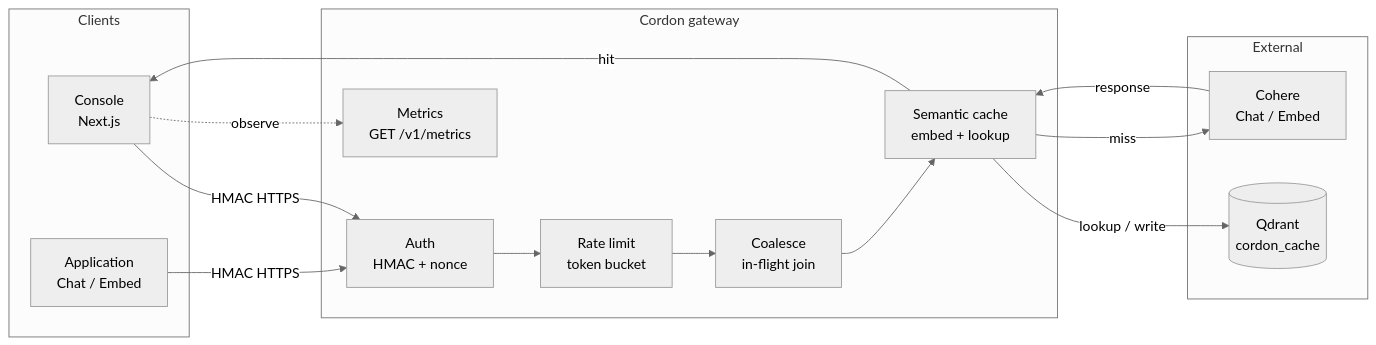
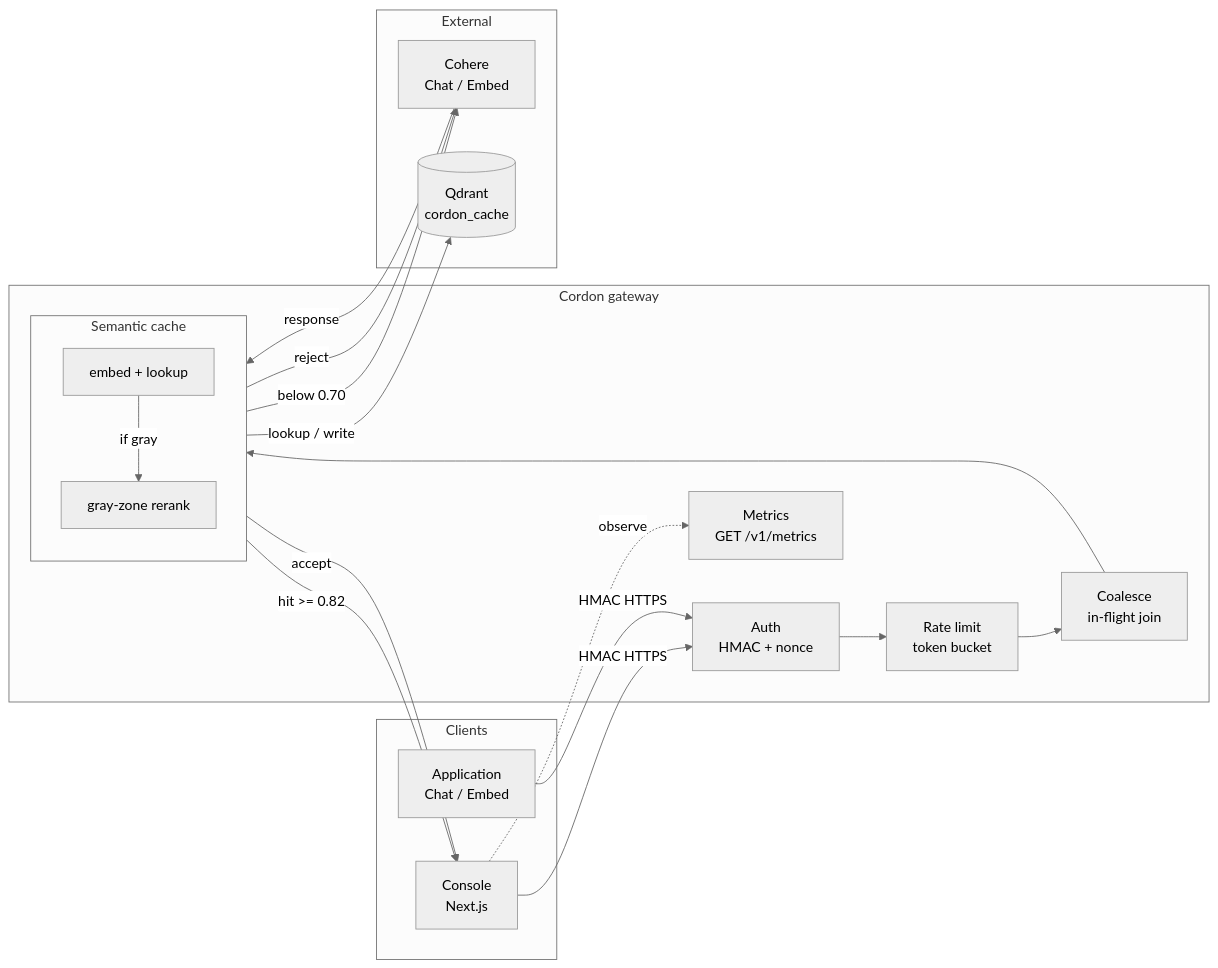
One commit to Neelpatel1604/Cordon changed the diagram in README.md. Above: the diagram before and after it, drawn with Mermaid (neutral theme). The commit also changed other lines of this file and 2 other files, not shown here.

Commit message:
Refine architecture documentation and enhance GatewayDiagram visuals. Updated README to clarify the role of gray-zone rerank in the semantic cache. Improved LandingPage descriptions to accurately reflect the request flow and caching mechanism. Added CacheStep component to GatewayDiagram for better representation of cache operations.

````diff
--- a/README.md
+++ b/README.md
@@ -11,29 +11,36 @@
 ```mermaid
 flowchart LR
   subgraph clients [Clients]
     Console["Console<br/>Next.js"]
     App["Application<br/>Chat / Embed"]
   end
 
   subgraph cordon [Cordon gateway]
     Auth["Auth<br/>HMAC + nonce"]
     Rate["Rate limit<br/>token bucket"]
     Coal["Coalesce<br/>in-flight join"]
-    Cache["Semantic cache<br/>embed + lookup"]
+    subgraph cache [Semantic cache]
+      direction TB
+      Lookup["embed + lookup"]
+      Rerank["gray-zone rerank"]
+      Lookup -->|if gray| Rerank
+    end
     Metrics["Metrics<br/>GET /v1/metrics"]
   end
 
   subgraph external [External]
     Cohere["Cohere<br/>Chat / Embed"]
     Qdrant[("Qdrant<br/>cordon_cache")]
   end
 
   Console -->|HMAC HTTPS| Auth
   App -->|HMAC HTTPS| Auth
-  Auth --> Rate --> Coal --> Cache
-  Cache -->|hit| Console
-  Cache -->|lookup / write| Qdrant
-  Cache -->|miss| Cohere
-  Cohere -->|response| Cache
+  Auth --> Rate --> Coal --> Lookup
+  Lookup -->|hit >= 0.82| Console
+  Rerank -->|accept| Console
+  Lookup -->|lookup / write| Qdrant
+  Lookup -->|below 0.70| Cohere
+  Rerank -->|reject| Cohere
+  Cohere -->|response| Lookup
   Console -.->|observe| Metrics
 ```
````
